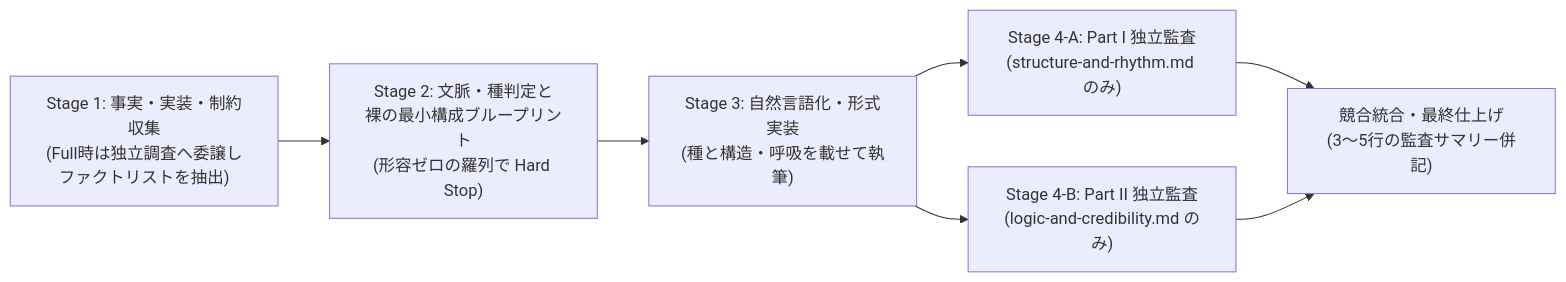
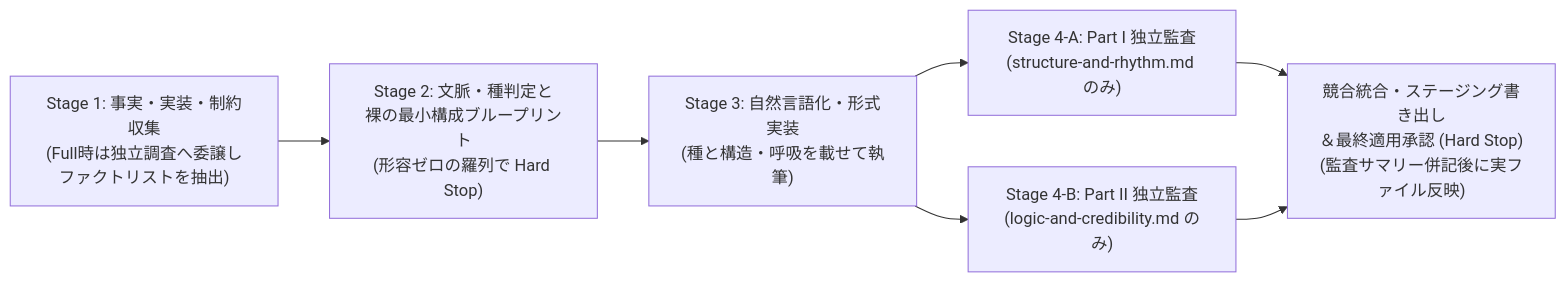
One commit to DovahkiinYuzuko/explorations-in-documentation changed the diagram in ARCHITECTURE.md. Above: the diagram before and after it, drawn with Mermaid. The commit also changed other lines of this file and 6 other files, not shown here.

````diff
--- a/ARCHITECTURE.md
+++ b/ARCHITECTURE.md
@@ -95,13 +95,13 @@
 ```mermaid
 flowchart LR
     S1["Stage 1: 事実・実装・制約収集<br>(Full時は独立調査へ委譲し<br>ファクトリストを抽出)"]
     S2["Stage 2: 文脈・種判定と<br>裸の最小構成ブループリント<br>(形容ゼロの羅列で Hard Stop)"]
     S3["Stage 3: 自然言語化・形式実装<br>(種と構造・呼吸を載せて執筆)"]
     S4A["Stage 4-A: Part I 独立監査<br>(structure-and-rhythm.md のみ)"]
     S4B["Stage 4-B: Part II 独立監査<br>(logic-and-credibility.md のみ)"]
-    S4M["競合統合・最終仕上げ<br>(3〜5行の監査サマリー併記)"]
+    S4M["競合統合・ステージング書き出し<br>＆最終適用承認 (Hard Stop)<br>(監査サマリー併記後に実ファイル反映)"]
 
     S1 --> S2 --> S3
     S3 --> S4A --> S4M
     S3 --> S4B --> S4M
 ```
````
